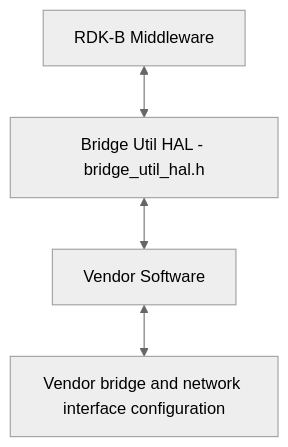
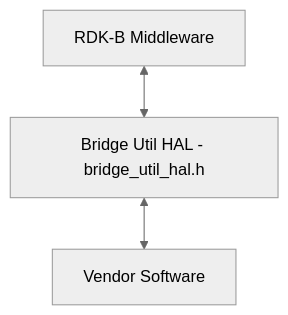
One commit to Blitzy-Sky/rdkb-halif-bridge-util changed the first of 2 diagrams in docs/pages/halSpec.md. Above: the diagram before and after it, drawn with Mermaid (neutral theme).

Commit message:
docs: normalise the Bridge Util HAL architecture flowchart
The Description flowchart now uses the common top-down form shared
by every C HAL page: RDK-B Middleware, then Bridge Util HAL -
bridge_util_hal.h, then Vendor Software, joined by double-headed edges.

````diff
--- a/docs/pages/halSpec.md
+++ b/docs/pages/halSpec.md
@@ -28,7 +28,5 @@
 ```mermaid
-flowchart TD;
-    CALLER["RDK-B Middleware"] <-->
-    BRIDGEUTILHAL["Bridge Util HAL - bridge_util_hal.h"] <-->
-    VENDORSOFTWARE["Vendor Software"] <-->
-    VENDORCONFIG["Vendor bridge and network interface configuration"]
+flowchart TD
+    Caller["RDK-B Middleware"] <--> HAL["Bridge Util HAL - bridge_util_hal.h"]
+    HAL <--> Vendor["Vendor Software"]
 ```
````
